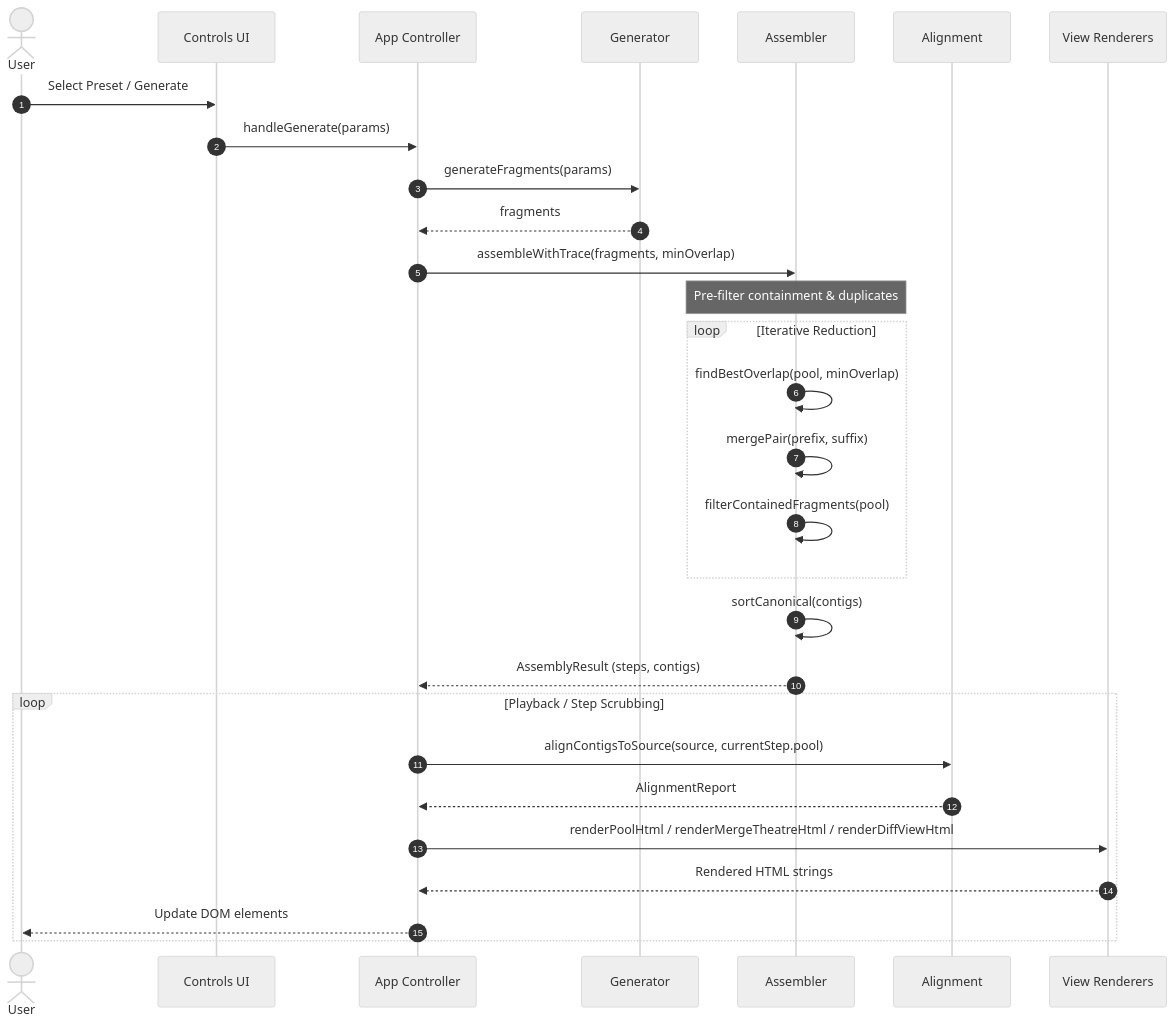
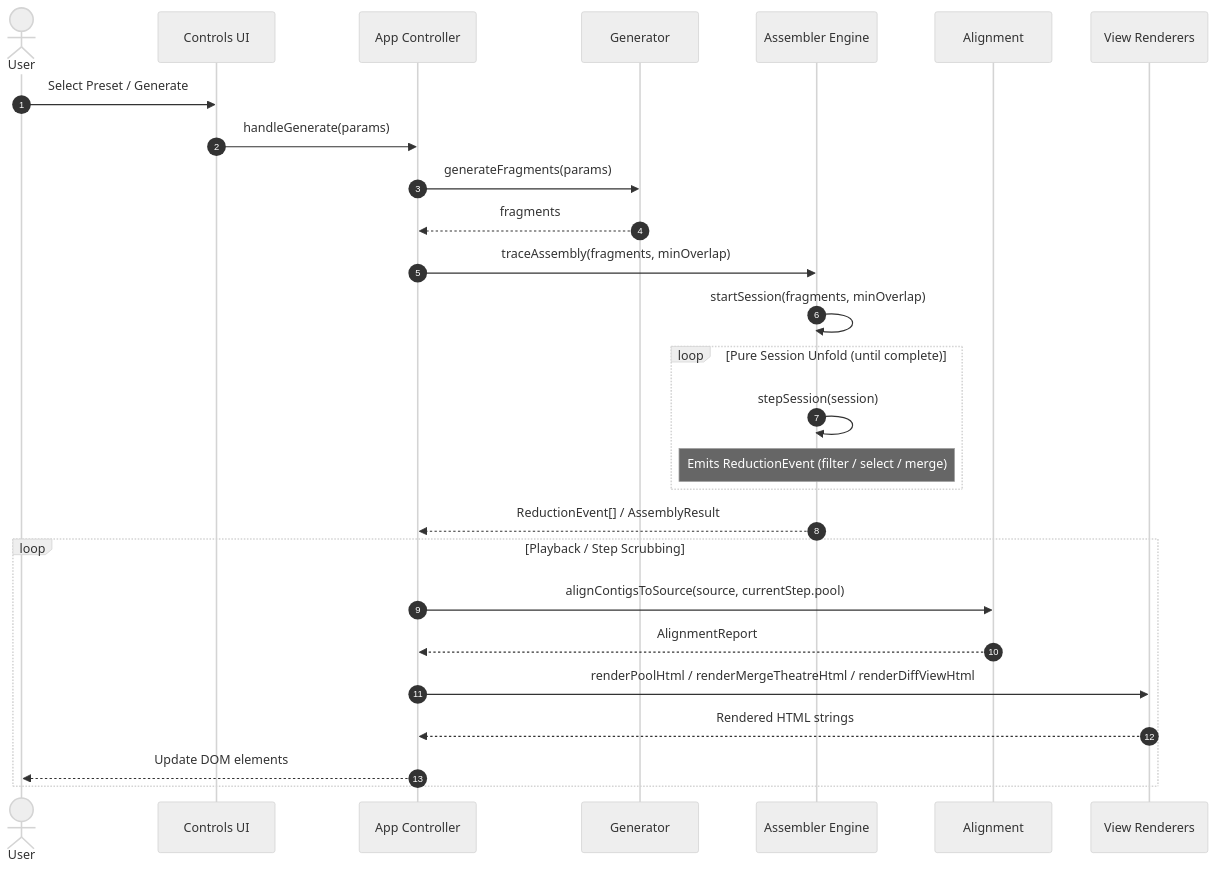
One commit to frankhjung/typescript-reconstruct-strings-web changed the diagram in README.md. Above: the diagram before and after it, drawn with Mermaid (neutral theme). The commit also changed other lines of this file and 6 other files, not shown here.

Commit message:
feat: implement data-oriented assembly reduction architecture with session management and event tracing

````diff
--- a/README.md
+++ b/README.md
@@ -24,32 +24,30 @@
 ```mermaid
 sequenceDiagram
   autonumber
   actor User
   participant UI as Controls UI
   participant App as App Controller
   participant Gen as Generator
-  participant Asm as Assembler
+  participant Asm as Assembler Engine
   participant Align as Alignment
   participant View as View Renderers
 
   User->>UI: Select Preset / Generate
   UI->>App: handleGenerate(params)
   App->>Gen: generateFragments(params)
   Gen-->>App: fragments
-  App->>Asm: assembleWithTrace(fragments, minOverlap)
-  Note over Asm: Pre-filter containment & duplicates
-  loop Iterative Reduction
-    Asm->>Asm: findBestOverlap(pool, minOverlap)
-    Asm->>Asm: mergePair(prefix, suffix)
-    Asm->>Asm: filterContainedFragments(pool)
+  App->>Asm: traceAssembly(fragments, minOverlap)
+  Asm->>Asm: startSession(fragments, minOverlap)
+  loop Pure Session Unfold (until complete)
+    Asm->>Asm: stepSession(session)
+    Note over Asm: Emits ReductionEvent (filter / select / merge)
   end
-  Asm->>Asm: sortCanonical(contigs)
-  Asm-->>App: AssemblyResult (steps, contigs)
+  Asm-->>App: ReductionEvent[] / AssemblyResult
   loop Playback / Step Scrubbing
     App->>Align: alignContigsToSource(source, currentStep.pool)
     Align-->>App: AlignmentReport
     App->>View: renderPoolHtml / renderMergeTheatreHtml / renderDiffViewHtml
     View-->>App: Rendered HTML strings
     App-->>User: Update DOM elements
   end
 ```
````
